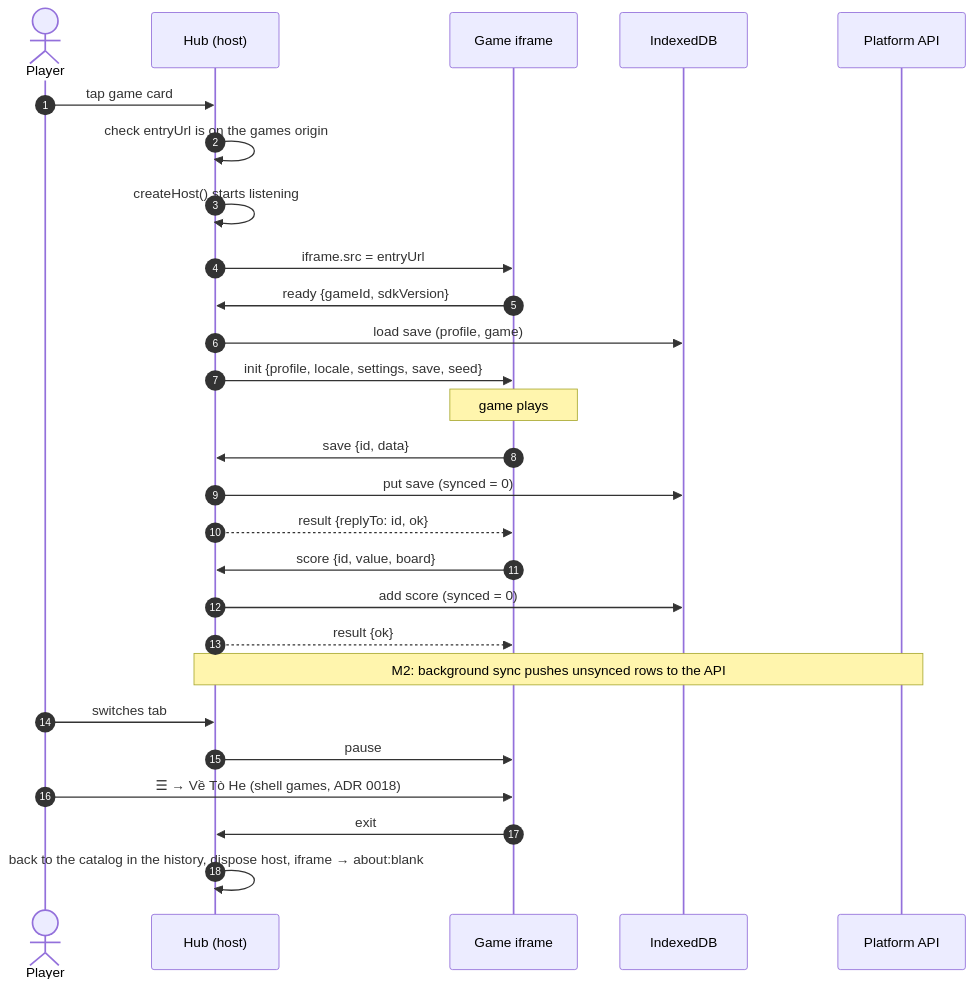
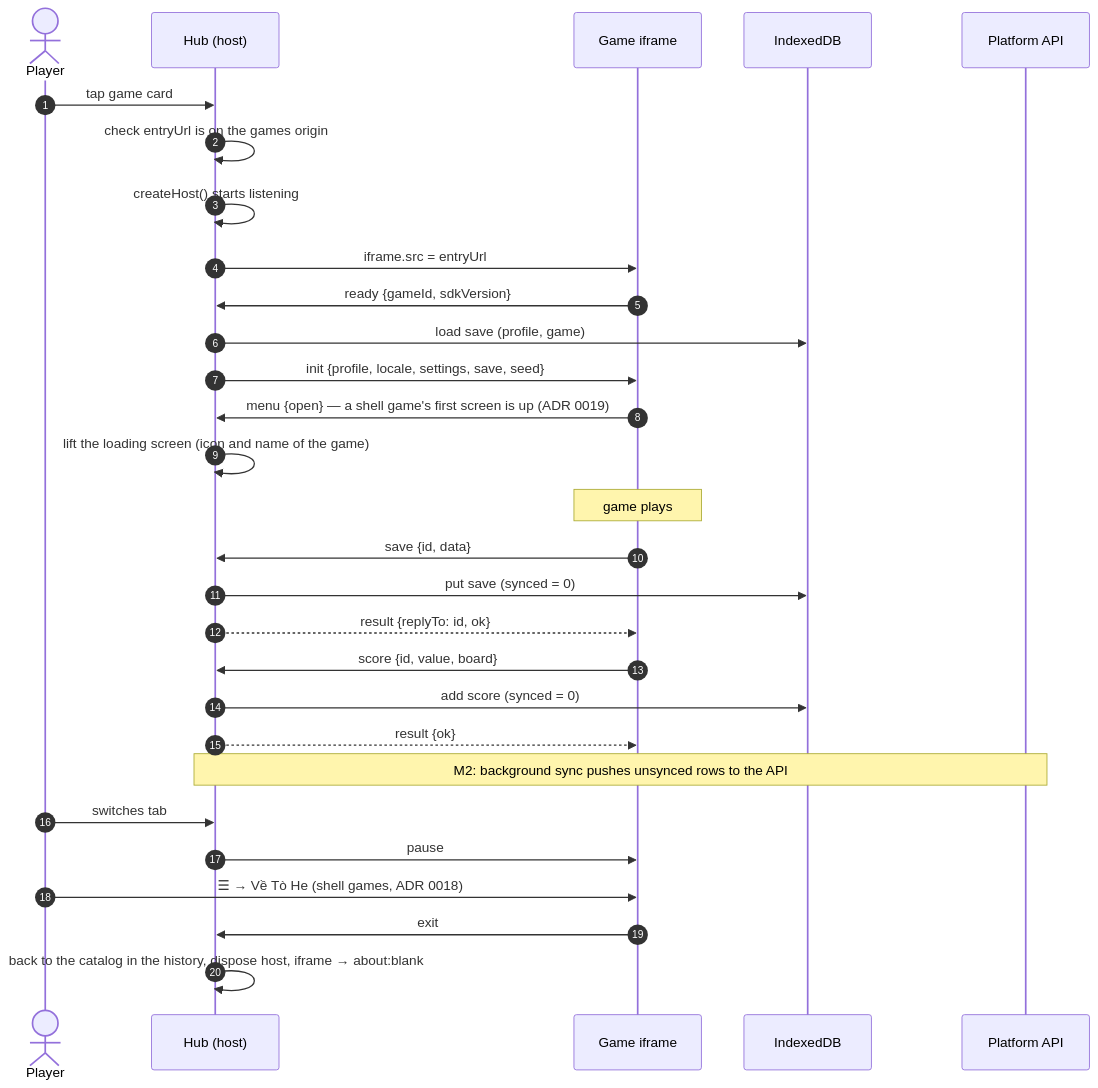
Before and after one commit to vinh466/tohe-play: the diagram in docs/architecture/game-launch-flow.md, drawn with Mermaid. The commit also changed other lines of this file and 51 other files, not shown here.

First line of the commit message:
feat(kit): game shell 2 — title screen, HUD and a pause that holds (ADR 0019)

````diff
--- a/docs/architecture/game-launch-flow.md
+++ b/docs/architecture/game-launch-flow.md
@@ -8,30 +8,32 @@
 ```mermaid
 sequenceDiagram
   autonumber
   actor P as Player
   participant H as Hub (host)
   participant G as Game iframe
   participant L as IndexedDB
   participant A as Platform API
 
   P->>H: tap game card
   H->>H: check entryUrl is on the games origin
   H->>H: createHost() starts listening
   H->>G: iframe.src = entryUrl
   G->>H: ready {gameId, sdkVersion}
   H->>L: load save (profile, game)
   H->>G: init {profile, locale, settings, save, seed}
+  G->>H: menu {open} — a shell game's first screen is up (ADR 0019)
+  H->>H: lift the loading screen (icon and name of the game)
   Note over G: game plays
   G->>H: save {id, data}
   H->>L: put save (synced = 0)
   H-->>G: result {replyTo: id, ok}
   G->>H: score {id, value, board}
   H->>L: add score (synced = 0)
   H-->>G: result {ok}
   Note over H,A: M2: background sync pushes unsynced rows to the API
   P->>H: switches tab
   H->>G: pause
   P->>G: ☰ → Về Tò He (shell games, ADR 0018)
   G->>H: exit
   H->>H: back to the catalog in the history, dispose host, iframe → about:blank
 ```
````
